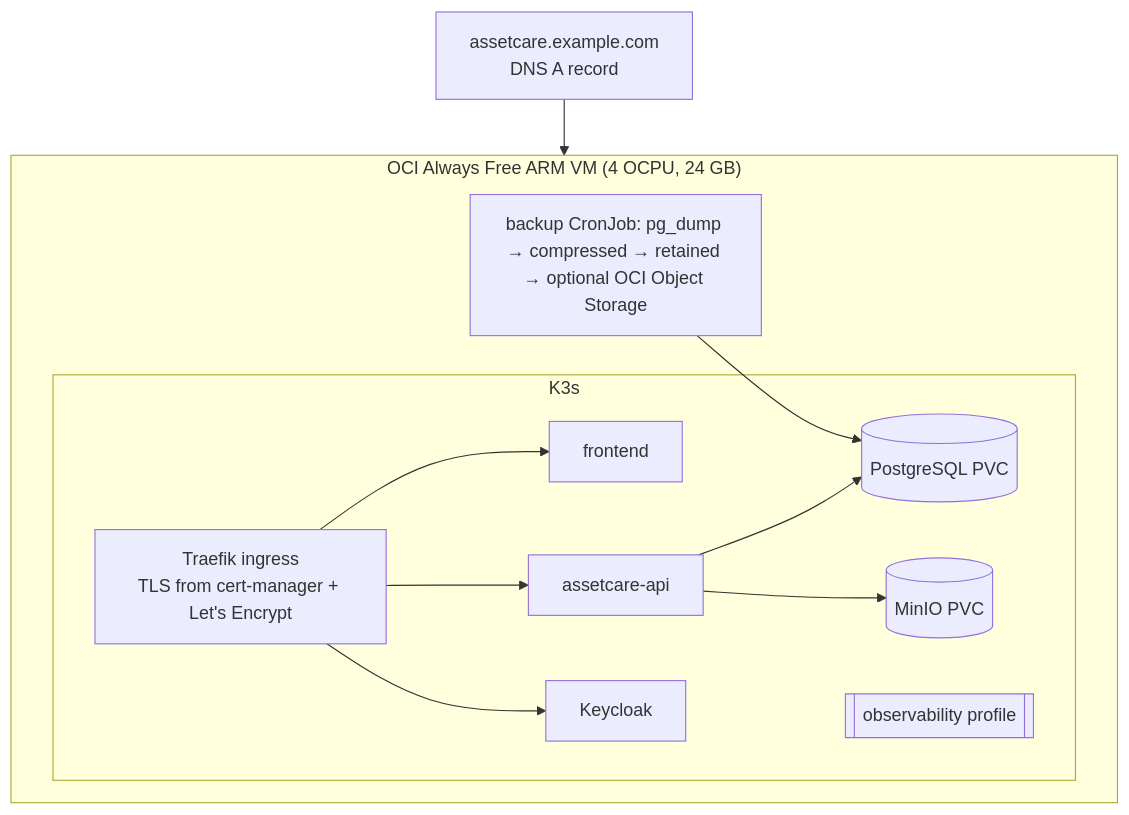
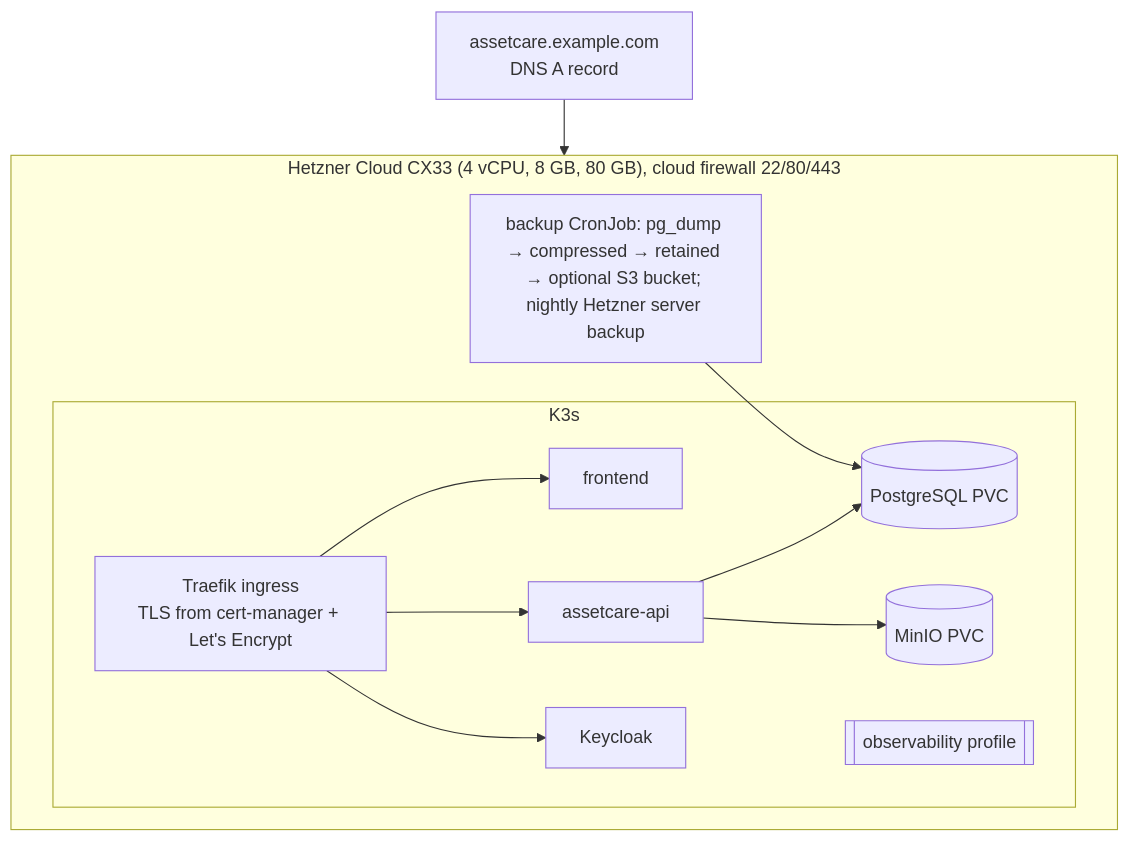
The fourth of 5 diagrams in docs/architecture/ARCHITECTURE.md (Janaka2/spring-angular-production-blueprint), drawn with Mermaid before and after one commit. The commit also changed other lines of this file and 26 other files, not shown here.

````diff
--- a/docs/architecture/ARCHITECTURE.md
+++ b/docs/architecture/ARCHITECTURE.md
@@ -121,17 +122,17 @@
 ```mermaid
 flowchart TB
     DNS[assetcare.example.com<br/>DNS A record] --> VM
-    subgraph VM["OCI Always Free ARM VM (4 OCPU, 24 GB)"]
+    subgraph VM["Hetzner Cloud CX33 (4 vCPU, 8 GB, 80 GB), cloud firewall 22/80/443"]
         subgraph K3s
             T[Traefik ingress<br/>TLS from cert-manager + Let's Encrypt]
             T --> FE[frontend]
             T --> API[assetcare-api]
             T --> KC[Keycloak]
             API --> PG[(PostgreSQL PVC)]
             API --> MINIO[(MinIO PVC)]
             OBS[[observability profile]]
         end
-        CRON[backup CronJob: pg_dump → compressed → retained → optional OCI Object Storage]
+        CRON[backup CronJob: pg_dump → compressed → retained → optional S3 bucket; nightly Hetzner server backup]
         CRON --> PG
     end
 ```
````
